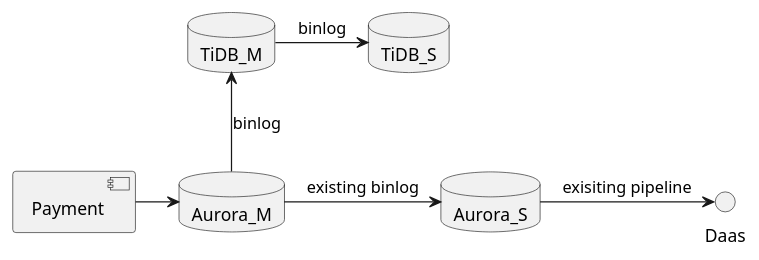
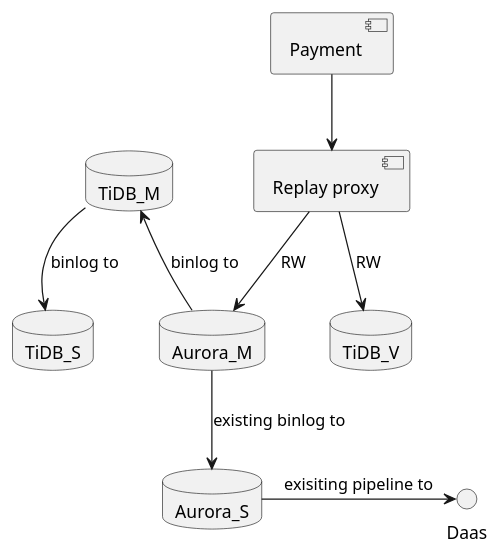
One commit to george24601/notes changed the fifth of 12 diagrams in mgmt/plan.plantuml. Above: the diagram before and after it, drawn with PlantUML. The commit also changed other lines of this file and 1 other file, not shown here.

Commit message:
plant uml

```diff
--- a/mgmt/plan.plantuml
+++ b/mgmt/plan.plantuml
@@ -1,13 +105,15 @@
 @startuml
 database TiDB_M
 database TiDB_S
 database Aurora_M
 database Aurora_S
+database TiDB_V
 
-TiDB_M <-- Aurora_M: binlog
-TiDB_M -> TiDB_S: binlog
-Aurora_M -> Aurora_S : existing binlog
-Aurora_S -> Daas: exisiting pipeline
-
-[Payment] -> Aurora_M
+TiDB_M <-- Aurora_M: binlog to
+TiDB_M --> TiDB_S: binlog to
+Aurora_M --> Aurora_S : existing binlog to
+Aurora_S -> Daas: exisiting pipeline to
+[Payment] --> [Replay proxy]
+[Replay proxy] --> Aurora_M: RW
+[Replay proxy] --> TiDB_V: RW
 @enduml
```
